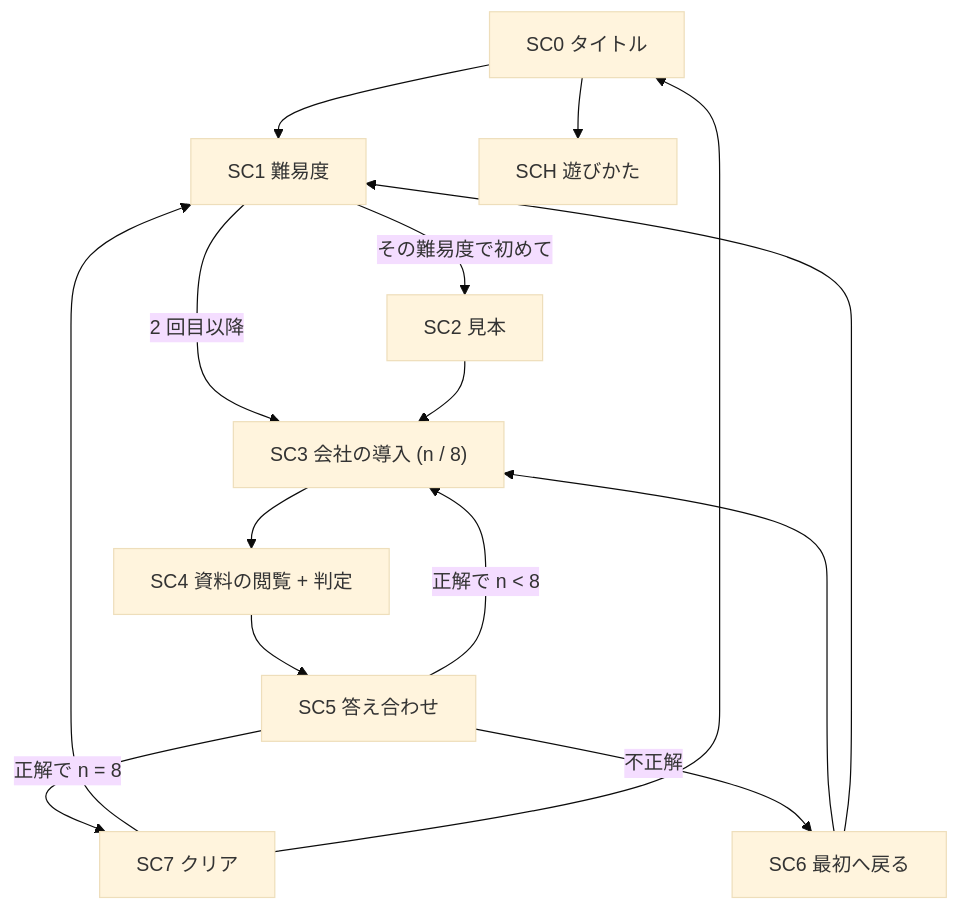
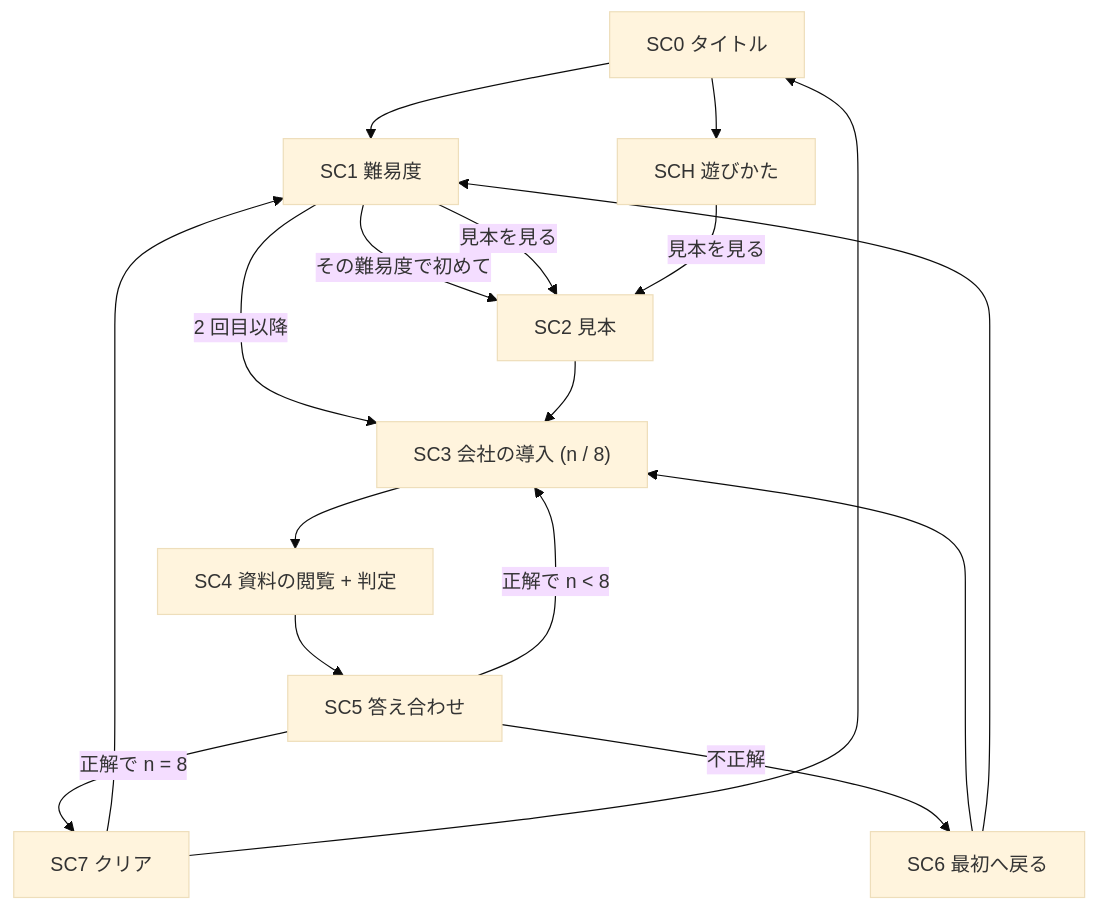
The diagram in docs/plans/experience.md (calliope-pro/kessan-8), drawn with Mermaid (base theme) before and after one commit. The commit also changed other lines of this file, not shown here.

````diff
--- a/docs/plans/experience.md
+++ b/docs/plans/experience.md
@@ -298,17 +300,19 @@
 ```mermaid
 flowchart TD
   SC0["SC0 タイトル"] --> SC1["SC1 難易度"]
   SC0 --> SCH["SCH 遊びかた"]
   SC1 -->|"その難易度で初めて"| SC2["SC2 見本"]
   SC1 -->|"2 回目以降"| SC3
+  SC1 -->|"見本を見る"| SC2
+  SCH -->|"見本を見る"| SC2
   SC2 --> SC3["SC3 会社の導入 (n / 8)"]
   SC3 --> SC4["SC4 資料の閲覧 + 判定"]
   SC4 --> SC5["SC5 答え合わせ"]
   SC5 -->|"正解で n < 8"| SC3
   SC5 -->|"正解で n = 8"| SC7["SC7 クリア"]
   SC5 -->|"不正解"| SC6["SC6 最初へ戻る"]
   SC6 --> SC3
   SC6 --> SC1
   SC7 --> SC1
   SC7 --> SC0
 ```
````
